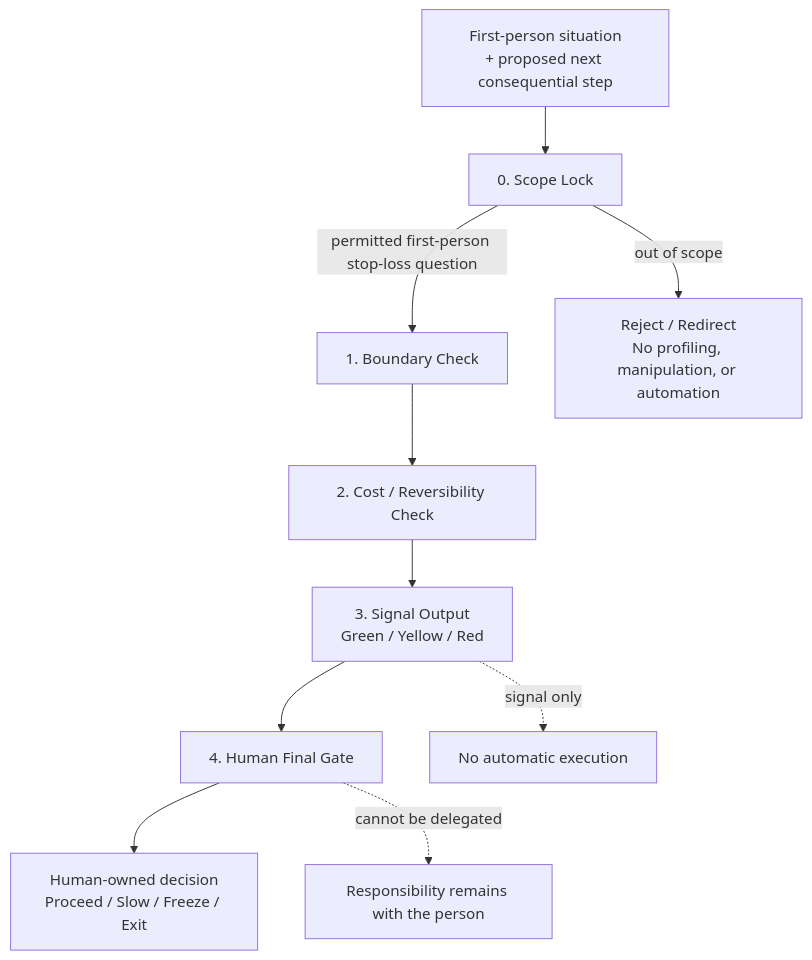
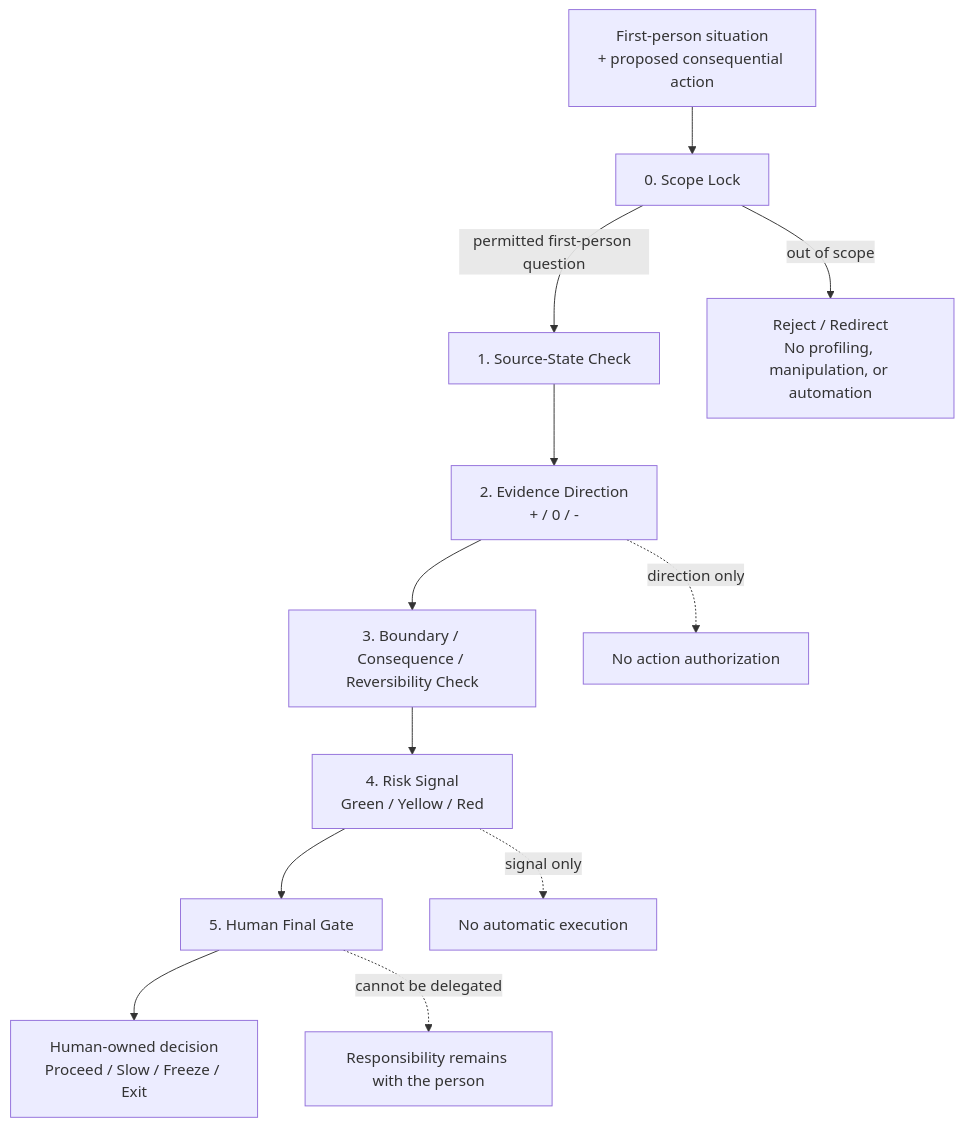
One commit to Yelan22CAT/model1 changed the diagram in ARCHITECTURE.md. Above: the diagram before and after it, drawn with Mermaid. The commit also changed other lines of this file, not shown here.

Commit message:
Update public architecture for two-axis judgment output

````diff
--- a/ARCHITECTURE.md
+++ b/ARCHITECTURE.md
@@ -19,13 +18,15 @@
 ```mermaid
 flowchart TD
-    A[First-person situation<br/>+ proposed next consequential step] --> B[0. Scope Lock]
-    B -->|permitted first-person stop-loss question| C[1. Boundary Check]
+    A[First-person situation<br/>+ proposed consequential action] --> B[0. Scope Lock]
+    B -->|permitted first-person question| C[1. Source-State Check]
     B -->|out of scope| X[Reject / Redirect<br/>No profiling, manipulation, or automation]
-    C --> D[2. Cost / Reversibility Check]
-    D --> E[3. Signal Output<br/>Green / Yellow / Red]
-    E --> F[4. Human Final Gate]
-    F --> G[Human-owned decision<br/>Proceed / Slow / Freeze / Exit]
+    C --> D[2. Evidence Direction<br/>+ / 0 / -]
+    D --> E[3. Boundary / Consequence / Reversibility Check]
+    E --> F[4. Risk Signal<br/>Green / Yellow / Red]
+    F --> G[5. Human Final Gate]
+    G --> H[Human-owned decision<br/>Proceed / Slow / Freeze / Exit]
 
-    E -. signal only .-> Y[No automatic execution]
-    F -. cannot be delegated .-> Z[Responsibility remains with the person]
+    D -. direction only .-> U[No action authorization]
+    F -. signal only .-> Y[No automatic execution]
+    G -. cannot be delegated .-> Z[Responsibility remains with the person]
 ```
````
